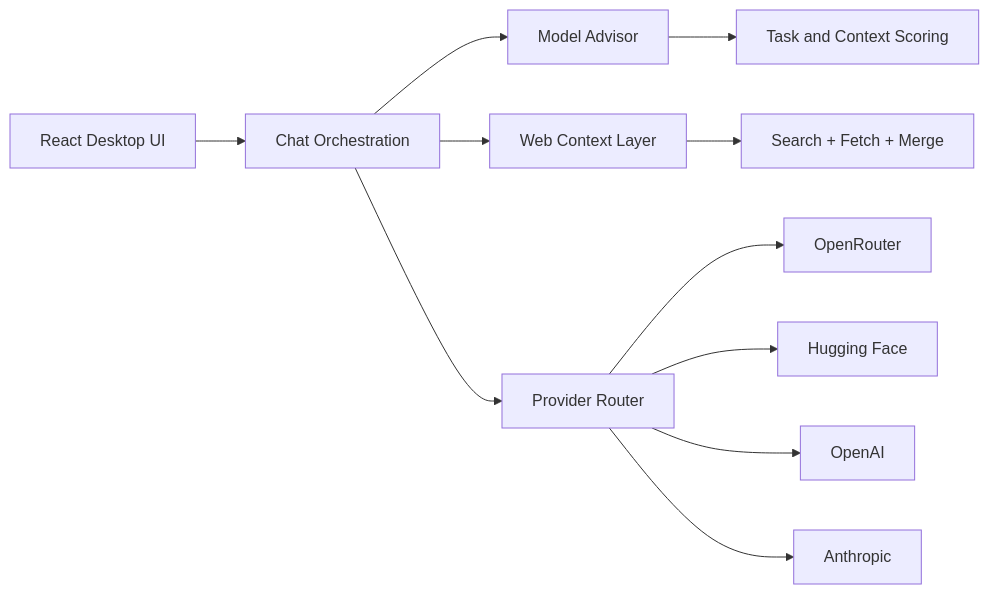
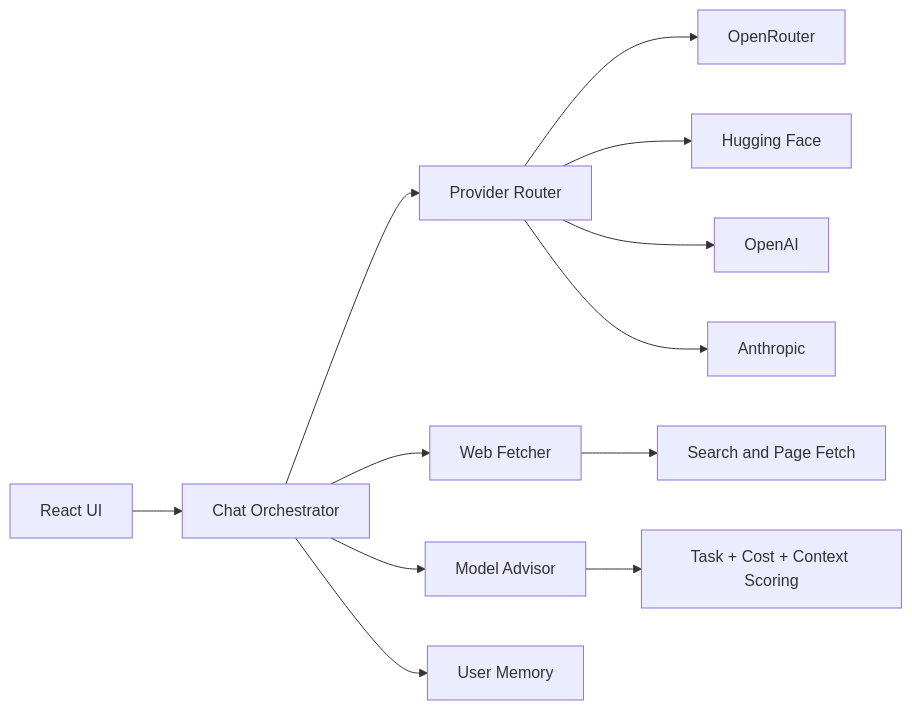
One commit to kaone31056789/KritakaPrajna changed the diagram in README.md. Above: the diagram before and after it, drawn with Mermaid. The commit also changed other lines of this file, not shown here.

````diff
--- a/README.md
+++ b/README.md
@@ -87,15 +120,16 @@
 ```mermaid
 flowchart LR
-  UI[React Desktop UI] --> ORCH[Chat Orchestration]
+  UI[React UI] --> ORCH[Chat Orchestrator]
+  ORCH --> ROUTER[Provider Router]
+  ORCH --> WEB[Web Fetcher]
   ORCH --> ADVISE[Model Advisor]
-  ORCH --> WEB[Web Context Layer]
-  ORCH --> ROUTER[Provider Router]
+  ORCH --> MEM[User Memory]
 
-  ROUTER --> OPR[OpenRouter]
+  ROUTER --> OR[OpenRouter]
   ROUTER --> HF[Hugging Face]
-  ROUTER --> OAI[OpenAI]
-  ROUTER --> ANT[Anthropic]
+  ROUTER --> OA[OpenAI]
+  ROUTER --> AN[Anthropic]
 
-  WEB --> FETCH[Search + Fetch + Merge]
-  ADVISE --> SCORE[Task and Context Scoring]
+  WEB --> FETCH[Search and Page Fetch]
+  ADVISE --> SCORE[Task + Cost + Context Scoring]
 ```
````
